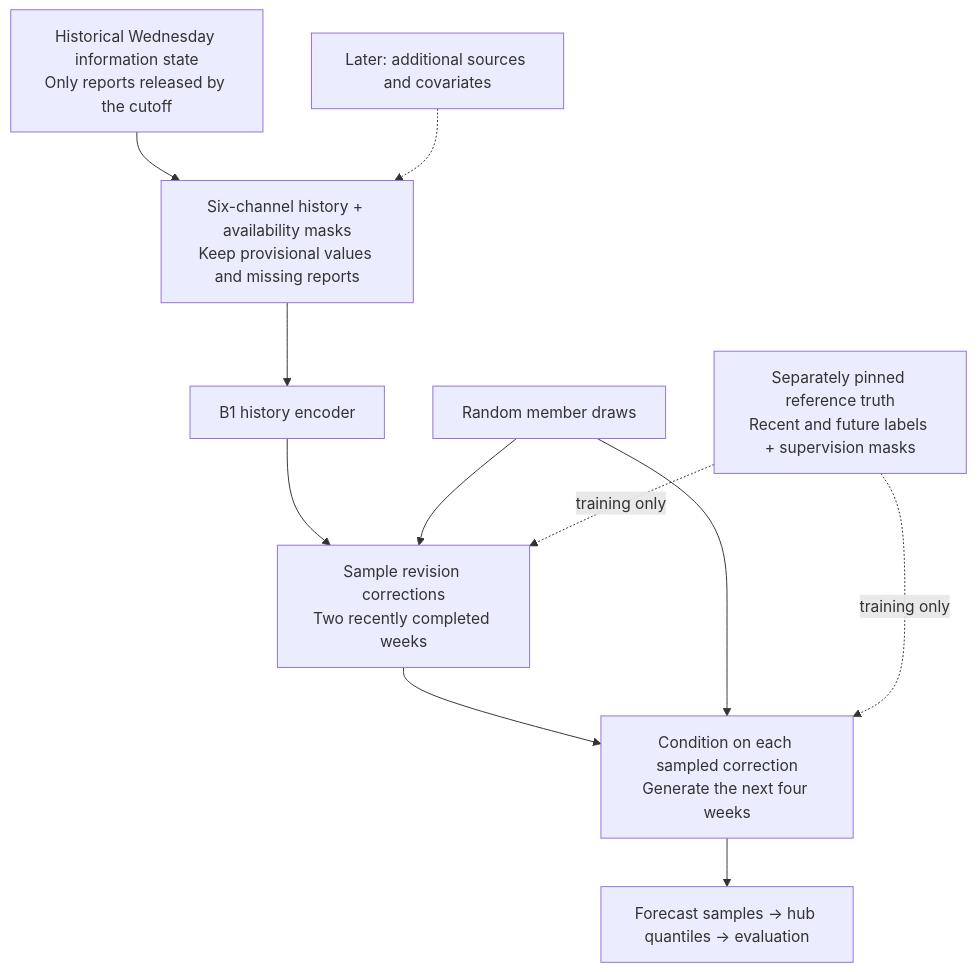
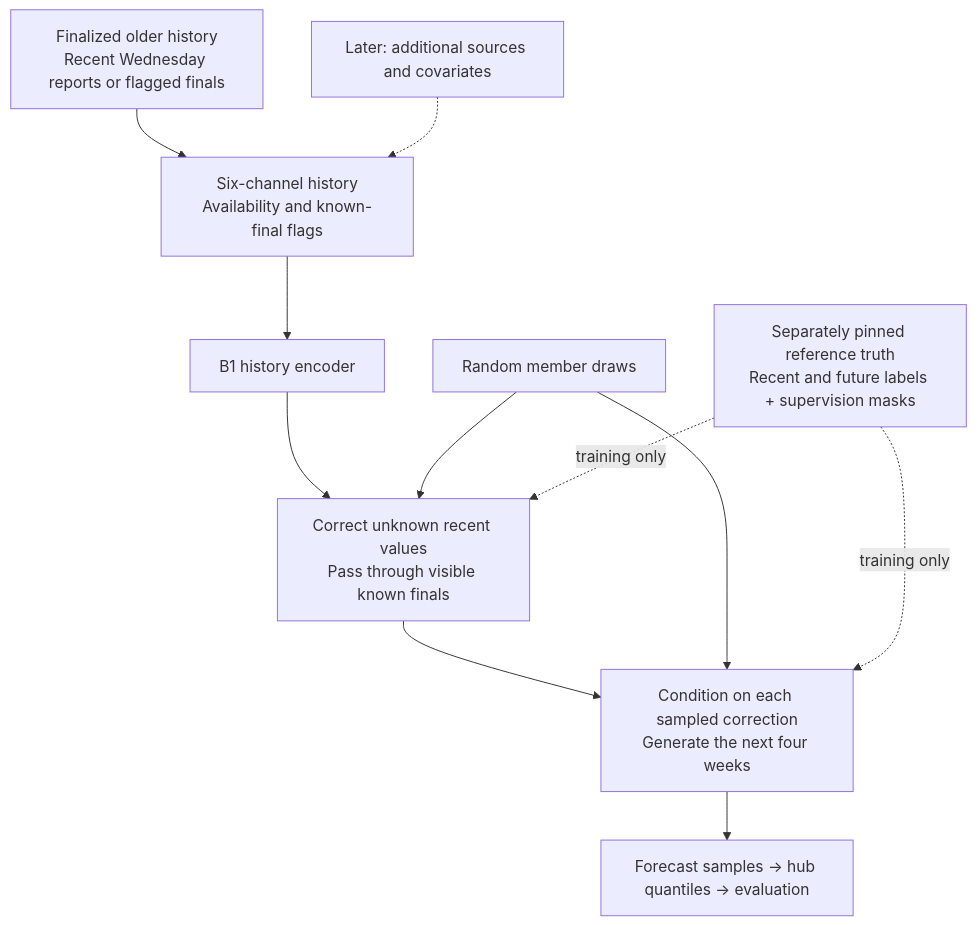
Before and after one commit to ACCIDDA/tapestry: the third of 3 diagrams in docs/index.md, drawn with Mermaid. The commit also changed other lines of this file and 36 other files, not shown here.

````diff
--- a/docs/index.md
+++ b/docs/index.md
@@ -119,13 +119,13 @@
 ```mermaid
 flowchart TD
-    A["Historical Wednesday information state<br/>Only reports released by the cutoff"] --> B["Six-channel history + availability masks<br/>Keep provisional values and missing reports"]
+    A["Finalized older history<br/>Recent Wednesday reports or flagged finals"] --> B["Six-channel history<br/>Availability and known-final flags"]
     B --> C["B1 history encoder"]
-    C --> D["Sample revision corrections<br/>Two recently completed weeks"]
+    C --> D["Correct unknown recent values<br/>Pass through visible known finals"]
     D --> E["Condition on each sampled correction<br/>Generate the next four weeks"]
     Z["Random member draws"] --> D
     Z --> E
     T["Separately pinned reference truth<br/>Recent and future labels + supervision masks"] -. "training only" .-> D
     T -. "training only" .-> E
     E --> F["Forecast samples → hub quantiles → evaluation"]
     G["Later: additional sources and covariates"] -.-> B
 ```
````
